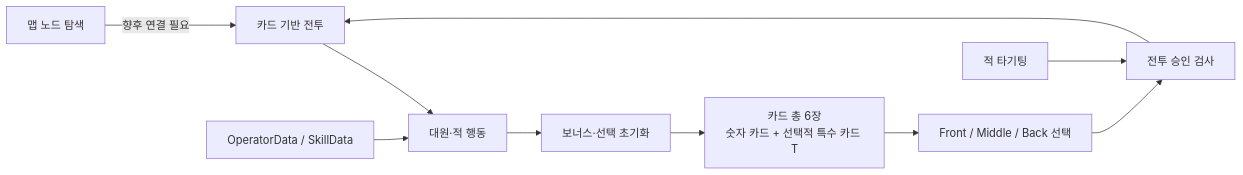
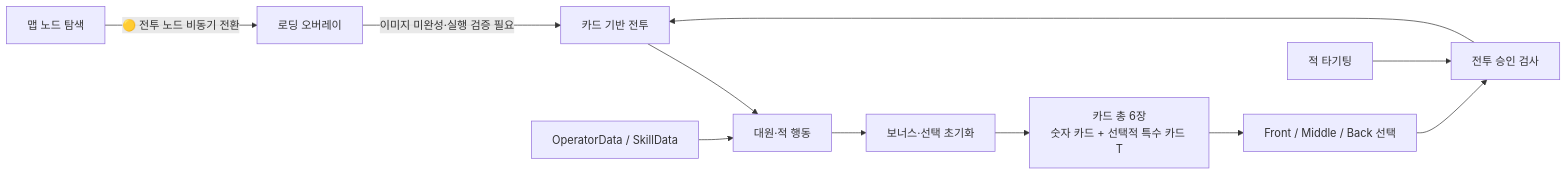
One commit to icrf-hot/Randint_Strategy_Record changed the diagram in wiki/랜드인트 작전기록 대문.md. Above: the diagram before and after it, drawn with Mermaid. The commit also changed other lines of this file and 10 other files, not shown here.

````diff
--- a/wiki/랜드인트 작전기록 대문.md
+++ b/wiki/랜드인트 작전기록 대문.md
@@ -36,12 +37,13 @@
 ```mermaid
 flowchart LR
-    Map[맵 노드 탐색] -->|향후 연결 필요| Battle[카드 기반 전투]
+    Map[맵 노드 탐색] -->|🟡 전투 노드 비동기 전환| Loading[로딩 오버레이]
+    Loading -->|이미지 미완성·실행 검증 필요| Battle[카드 기반 전투]
     Card[카드 총 6장<br/>숫자 카드 + 선택적 특수 카드 T] --> Select[Front / Middle / Back 선택]
     Select --> Gate[전투 승인 검사]
     Target[적 타기팅] --> Gate
     Gate --> Battle
     Battle --> Actor[대원·적 행동]
     Actor --> Reset[보너스·선택 초기화]
     Reset --> Card
     Data[OperatorData / SkillData] --> Actor
 ```
````
